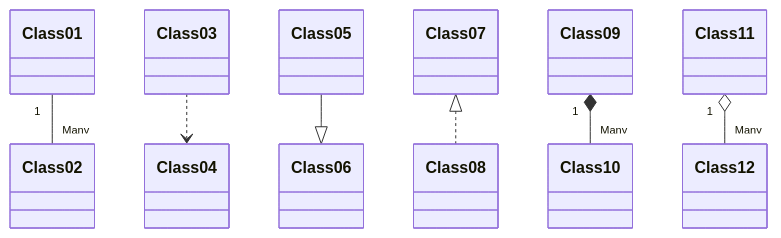
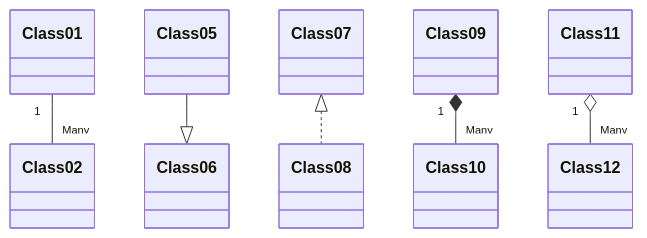
The third of 4 diagrams in uml/readme.md (SuPPoLzZ/Python-oo-Daniel-Lasecki-school), drawn with Mermaid before and after one commit. The commit also changed other lines of this file, not shown here.

````diff
--- a/uml/readme.md
+++ b/uml/readme.md
@@ -46,9 +46,8 @@
 ```mermaid
 classDiagram
     Class01 "1" -- "Many" Class02
-    Class03 ..> Class04
     Class05 --|> Class06
     Class07 <|.. Class08
     Class09 "1" *-- "Many" Class10
     Class11 "1" o-- "Many" Class12
 ```
````
